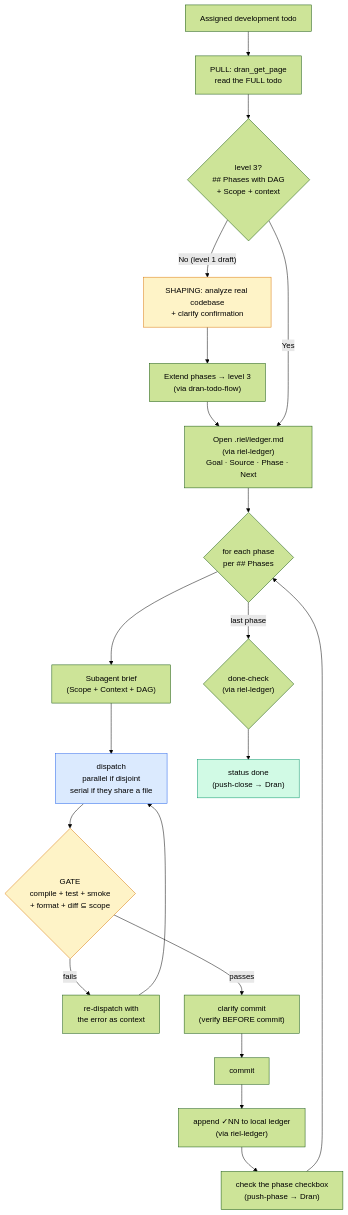
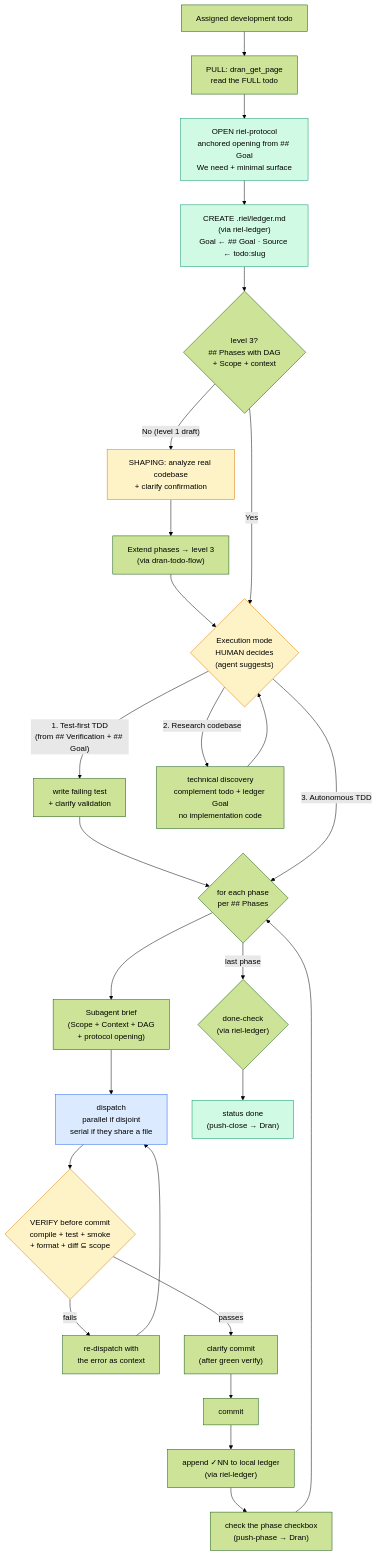
One commit to alvarolizama/dran changed the second of 2 diagrams in skills/dran-coder-flow/SKILL.md. Above: the diagram before and after it, drawn with Mermaid (forest theme). The commit also changed other lines of this file, not shown here.

Commit message:
feat(skills): dran-coder-flow v2.1 — protocol+ledger al abrir, modo de ejecución decide el humano, verify antes de commit, límites del todo (6-8KB, verificable)

````diff
--- a/skills/dran-coder-flow/SKILL.md
+++ b/skills/dran-coder-flow/SKILL.md
@@ -52,27 +55,36 @@
 ```mermaid
 flowchart TD
   START[Assigned development todo] --> PULL["PULL: dran_get_page\nread the FULL todo"]
-  PULL --> SHAPE{"level 3?\n## Phases with DAG\n+ Scope + context"}
+  PULL --> PROTO["OPEN riel-protocol\nanchored opening from ## Goal\nWe need + minimal surface"]
+  PROTO --> LEDGER["CREATE .riel/ledger.md\n(via riel-ledger)\nGoal ← ## Goal · Source ← todo:slug"]
+  LEDGER --> SHAPE{"level 3?\n## Phases with DAG\n+ Scope + context"}
   SHAPE -->|"No (level 1 draft)"| DISCOVER["SHAPING: analyze real codebase\n+ clarify confirmation"]
   DISCOVER --> EXTEND["Extend phases → level 3\n(via dran-todo-flow)"]
-  EXTEND --> LEDGER
-  SHAPE -->|"Yes"| LEDGER["Open .riel/ledger.md\n(via riel-ledger)\nGoal · Source · Phase · Next"]
-  LEDGER --> LOOP{"for each phase\nper ## Phases"}
-  LOOP --> BRIEF["Subagent brief\n(Scope + Context + DAG)"]
+  EXTEND --> MODE
+  SHAPE -->|"Yes"| MODE{"Execution mode\nHUMAN decides\n(agent suggests)"}
+  MODE -->|"1. Test-first TDD\n(from ## Verification + ## Goal)"| TEST1["write failing test\n+ clarify validation"]
+  TEST1 --> LOOP
+  MODE -->|"2. Research codebase"| RES["technical discovery\ncomplement todo + ledger Goal\nno implementation code"]
+  RES --> MODE
+  MODE -->|"3. Autonomous TDD"| LOOP{"for each phase\nper ## Phases"}
+  LOOP --> BRIEF["Subagent brief\n(Scope + Context + DAG\n+ protocol opening)"]
   BRIEF --> DISPATCH["dispatch\nparallel if disjoint\nserial if they share a file"]
-  DISPATCH --> GATE{"GATE\ncompile + test + smoke\n+ format + diff ⊆ scope"}
+  DISPATCH --> GATE{"VERIFY before commit\ncompile + test + smoke\n+ format + diff ⊆ scope"}
   GATE -->|"fails"| REDISPATCH["re-dispatch with\nthe error as context"]
   REDISPATCH --> DISPATCH
-  GATE -->|"passes"| CONFIRM["clarify commit\n(verify BEFORE commit)"]
+  GATE -->|"passes"| CONFIRM["clarify commit\n(after green verify)"]
   CONFIRM --> COMMIT["commit"]
   COMMIT --> VNN["append ✓NN to local ledger\n(via riel-ledger)"]
   VNN --> CHECK["check the phase checkbox\n(push-phase → Dran)"]
   CHECK --> LOOP
   LOOP -->|"last phase"| DONE{"done-check\n(via riel-ledger)"}
   DONE --> CLOSE["status done\n(push-close → Dran)"]
 
+  style PROTO fill:#d1fae5,stroke:#059669
+  style LEDGER fill:#d1fae5,stroke:#059669
   style DISCOVER fill:#fef3c7,stroke:#d97706
+  style MODE fill:#fef3c7,stroke:#d97706
   style DISPATCH fill:#dbeafe,stroke:#2563eb
   style GATE fill:#fef3c7,stroke:#d97706
   style CLOSE fill:#d1fae5,stroke:#059669
 ```
````
